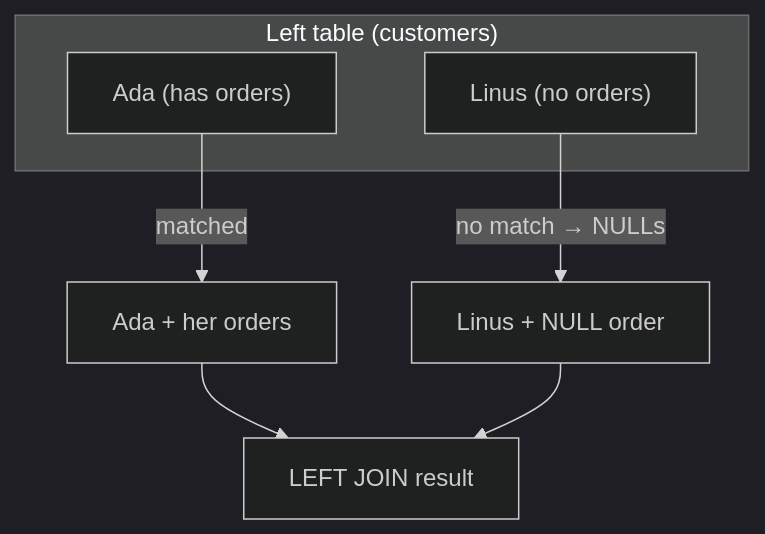
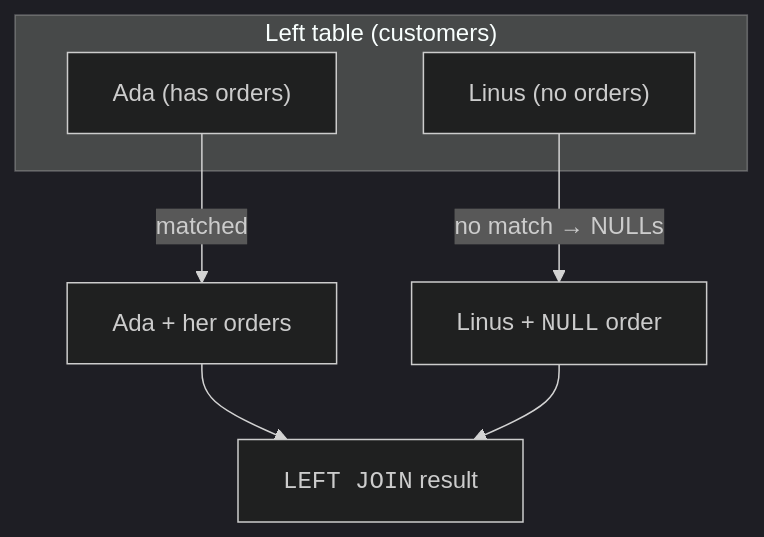
One commit to dataslope/dataslope changed the first of 2 diagrams in content/courses/intro-sql-postgres/outer-joins.mdx. Above: the diagram before and after it, drawn with Mermaid (dark theme). The commit also changed other lines of this file and 283 other files, not shown here.

First line of the commit message:
Diagrams as elements, not characters: fix the box model, sweep the corpus, and make syntax breakdowns a convention (#652)

````diff
--- a/content/courses/intro-sql-postgres/outer-joins.mdx
+++ b/content/courses/intro-sql-postgres/outer-joins.mdx
@@ -23,11 +32,11 @@
 ```mermaid
 flowchart TB
     subgraph L["Left table (customers)"]
         L1["Ada (has orders)"]
         L2["Linus (no orders)"]
     end
     L1 -->|"matched"| R1["Ada + her orders"]
-    L2 -->|"no match → NULLs"| R2["Linus + NULL order"]
-    R1 --> Out["LEFT JOIN result"]
+    L2 -->|"no match → NULLs"| R2["Linus + <code>NULL</code> order"]
+    R1 --> Out["<code>LEFT JOIN</code> result"]
     R2 --> Out
 ```
````
